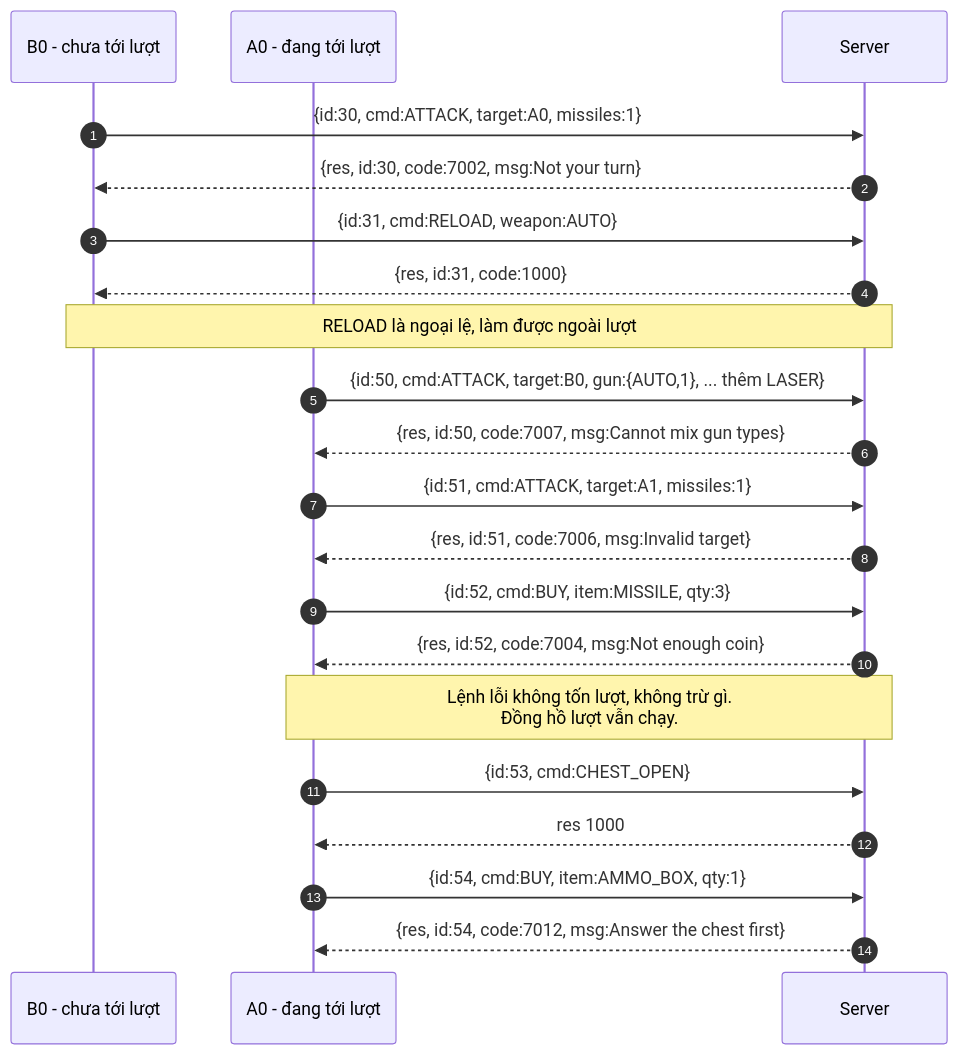
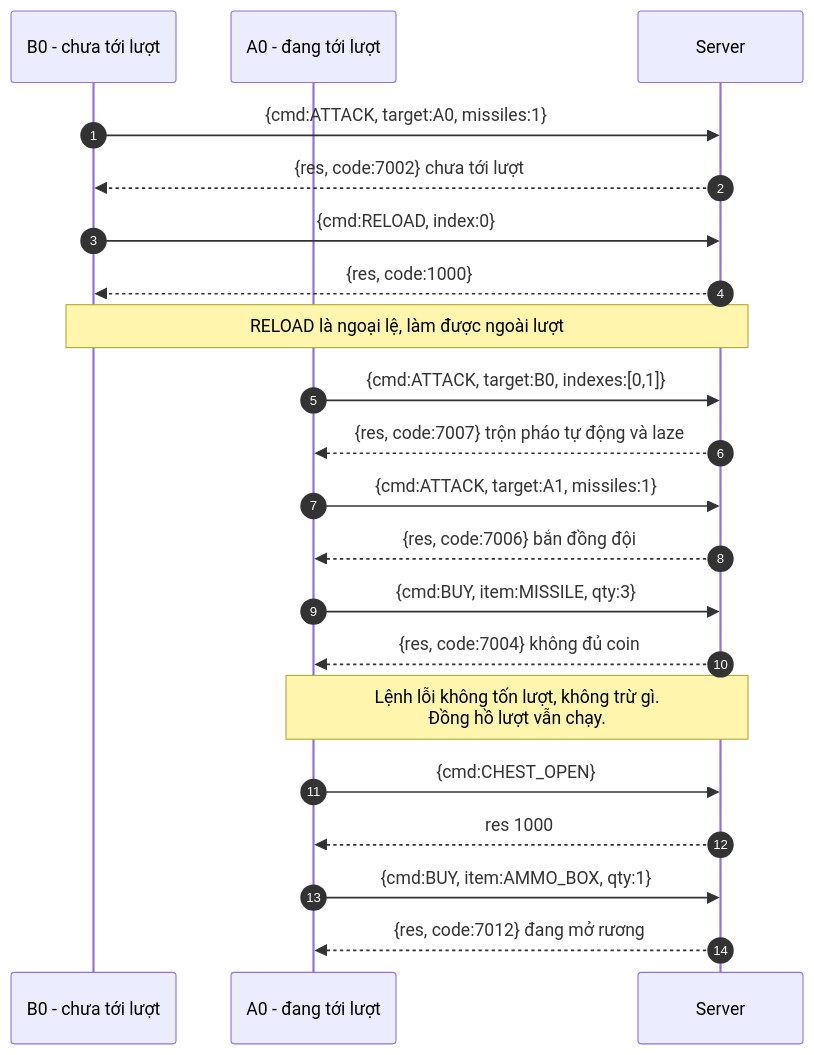
Before and after one commit to dson19/network: the diagram in Project/docs/design/diagrams/sequence/12-error-game-rules.md, drawn with Mermaid. The commit also changed 24 other files, not shown here.

````diff
--- a/Project/docs/design/diagrams/sequence/12-error-game-rules.md
+++ b/Project/docs/design/diagrams/sequence/12-error-game-rules.md
@@ -5,26 +5,26 @@
 ```mermaid
 sequenceDiagram
     autonumber
     participant B as B0 - chưa tới lượt
     participant A as A0 - đang tới lượt
     participant S as Server
 
-    B->>S: {id:30, cmd:ATTACK, target:A0, missiles:1}
-    S-->>B: {res, id:30, code:7002, msg:Not your turn}
-    B->>S: {id:31, cmd:RELOAD, weapon:AUTO}
-    S-->>B: {res, id:31, code:1000}
+    B->>S: {cmd:ATTACK, target:A0, missiles:1}
+    S-->>B: {res, code:7002} chưa tới lượt
+    B->>S: {cmd:RELOAD, index:0}
+    S-->>B: {res, code:1000}
     Note over B,S: RELOAD là ngoại lệ, làm được ngoài lượt
 
-    A->>S: {id:50, cmd:ATTACK, target:B0, gun:{AUTO,1}, ... thêm LASER}
-    S-->>A: {res, id:50, code:7007, msg:Cannot mix gun types}
-    A->>S: {id:51, cmd:ATTACK, target:A1, missiles:1}
-    S-->>A: {res, id:51, code:7006, msg:Invalid target}
-    A->>S: {id:52, cmd:BUY, item:MISSILE, qty:3}
-    S-->>A: {res, id:52, code:7004, msg:Not enough coin}
+    A->>S: {cmd:ATTACK, target:B0, indexes:[0,1]}
+    S-->>A: {res, code:7007} trộn pháo tự động và laze
+    A->>S: {cmd:ATTACK, target:A1, missiles:1}
+    S-->>A: {res, code:7006} bắn đồng đội
+    A->>S: {cmd:BUY, item:MISSILE, qty:3}
+    S-->>A: {res, code:7004} không đủ coin
     Note over A,S: Lệnh lỗi không tốn lượt, không trừ gì.<br/>Đồng hồ lượt vẫn chạy.
 
-    A->>S: {id:53, cmd:CHEST_OPEN}
+    A->>S: {cmd:CHEST_OPEN}
     S-->>A: res 1000
-    A->>S: {id:54, cmd:BUY, item:AMMO_BOX, qty:1}
-    S-->>A: {res, id:54, code:7012, msg:Answer the chest first}
+    A->>S: {cmd:BUY, item:AMMO_BOX, qty:1}
+    S-->>A: {res, code:7012} đang mở rương
 ```
````
